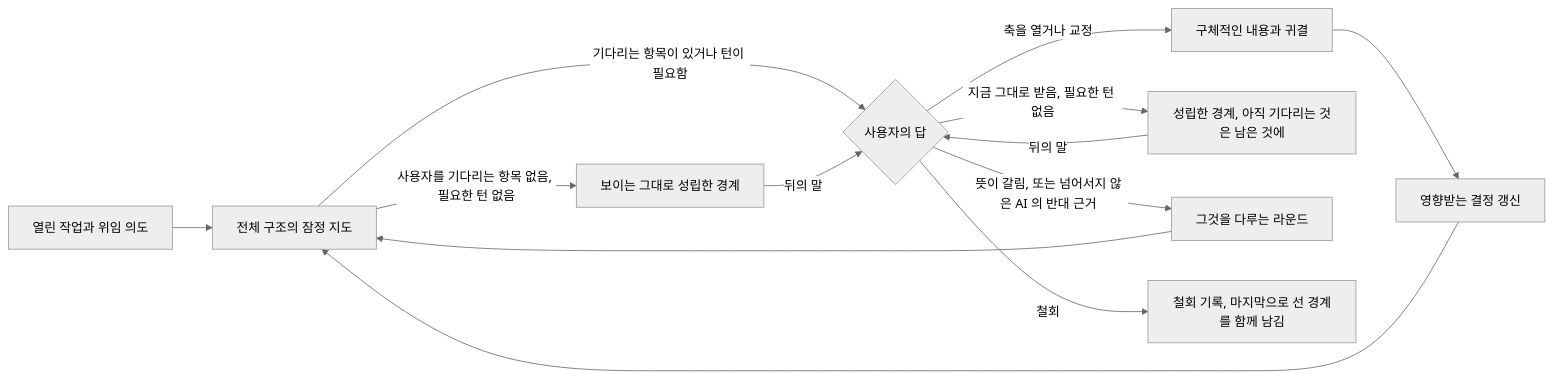
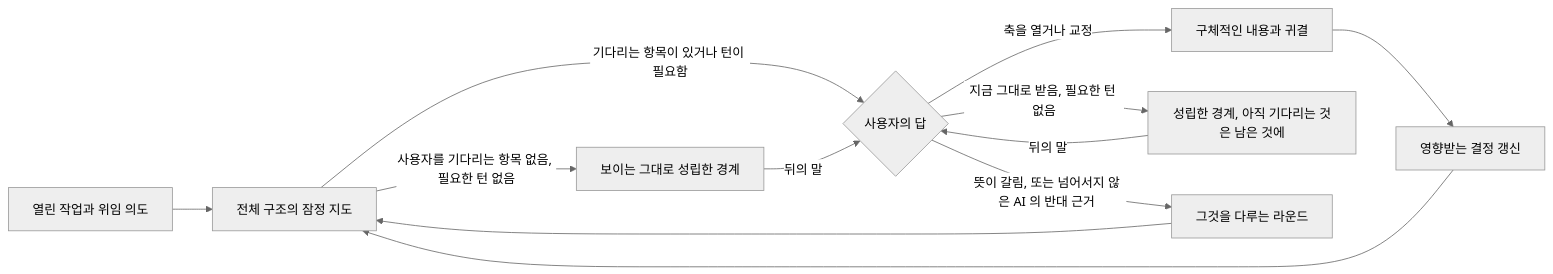
The diagram in horismos/README_ko.md (jongwony/epistemic-protocols), drawn with Mermaid (neutral theme) before and after one commit. The commit also changed other lines of this file and 6 other files, not shown here.

````diff
--- a/horismos/README_ko.md
+++ b/horismos/README_ko.md
@@ -9,15 +9,14 @@
 ```mermaid
 flowchart LR
     A[열린 작업과 위임 의도] --> B[전체 구조의 잠정 지도]
     B -->|사용자를 기다리는 항목 없음, 필요한 턴 없음| G[보이는 그대로 성립한 경계]
     B -->|기다리는 항목이 있거나 턴이 필요함| C{사용자의 답}
     C -->|축을 열거나 교정| D[구체적인 내용과 귀결]
     D --> E[영향받는 결정 갱신]
     E --> B
     C -->|지금 그대로 받음, 필요한 턴 없음| F[성립한 경계, 아직 기다리는 것은 남은 것에]
     C -->|뜻이 갈림, 또는 넘어서지 않은 AI 의 반대 근거| H[그것을 다루는 라운드]
     H --> B
-    C -->|철회| W[철회 기록, 마지막으로 선 경계를 함께 남김]
     F -->|뒤의 말| C
     G -->|뒤의 말| C
 ```
````
